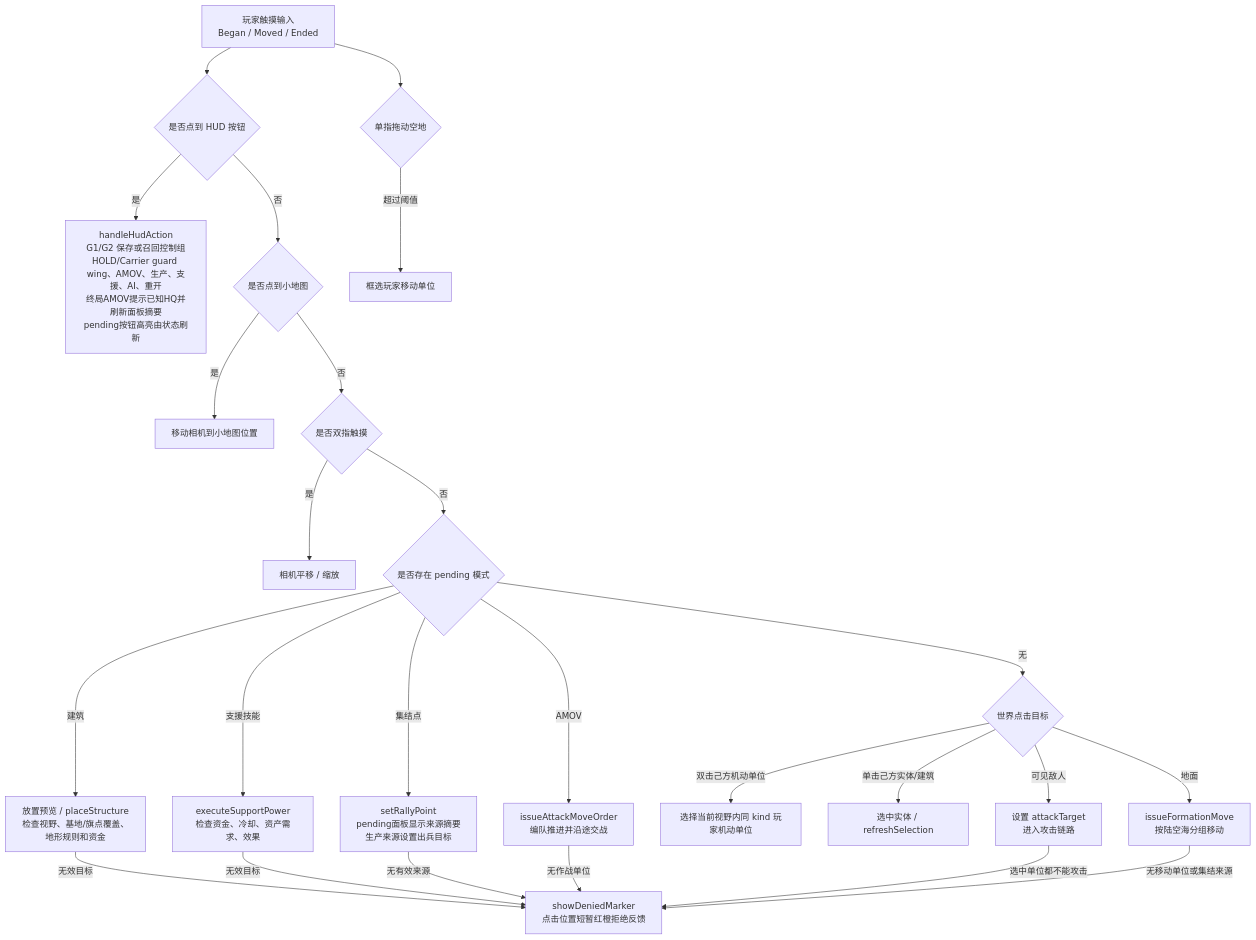
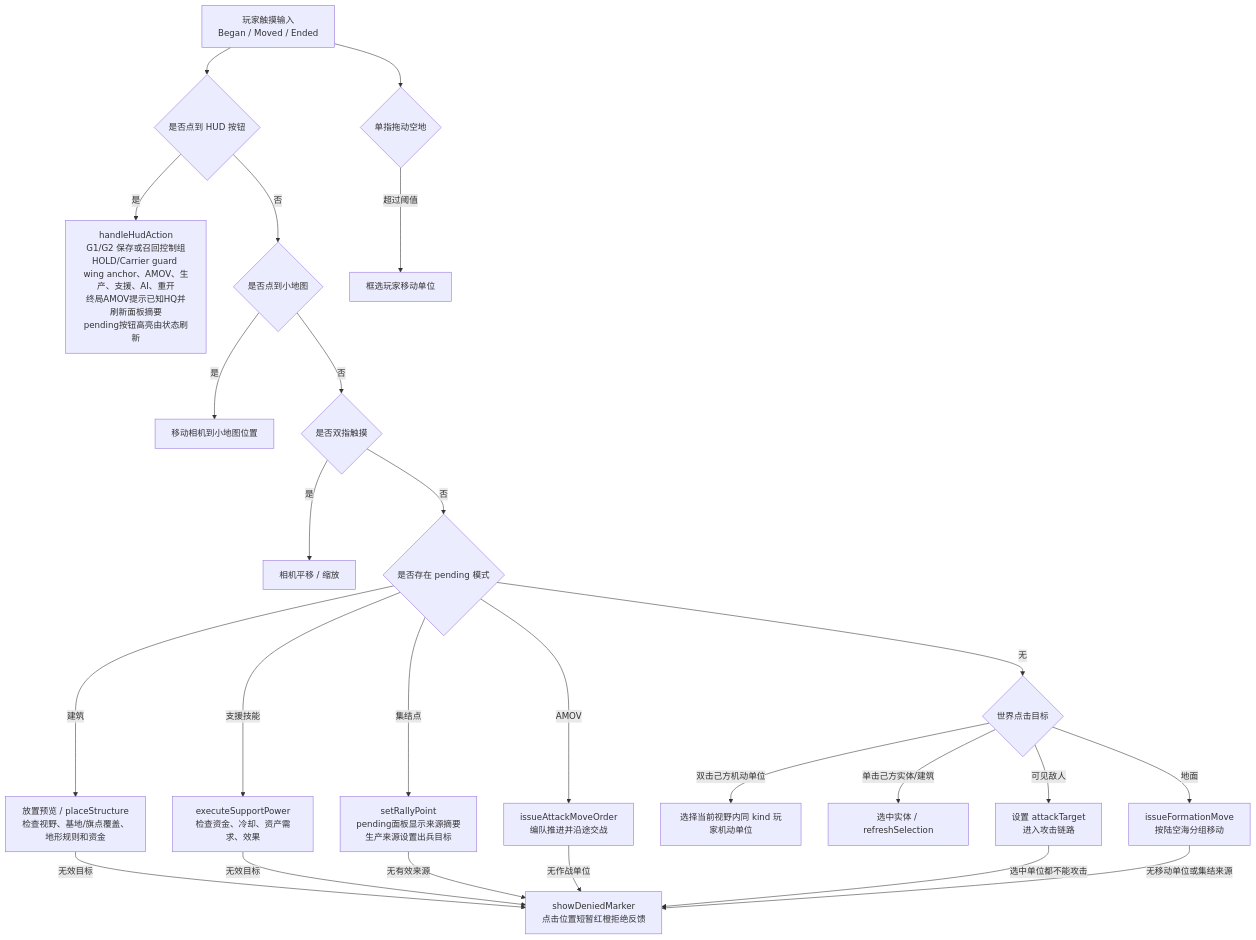
One commit to Altman-sam114/1145 changed the second of 3 diagrams in md/flow/flowchart.md. Above: the diagram before and after it, drawn with Mermaid. The commit also changed other lines of this file and 4 other files, not shown here.

````diff
--- a/md/flow/flowchart.md
+++ b/md/flow/flowchart.md
@@ -37,27 +37,27 @@
 ```mermaid
 flowchart TD
   Touch["玩家触摸输入\nBegan / Moved / Ended"] --> HUDCheck{"是否点到 HUD 按钮"}
-  HUDCheck -- "是" --> HudAction["handleHudAction\nG1/G2 保存或召回控制组\nHOLD/Carrier guard wing、AMOV、生产、支援、AI、重开\n终局AMOV提示已知HQ并刷新面板摘要\npending按钮高亮由状态刷新"]
+  HUDCheck -- "是" --> HudAction["handleHudAction\nG1/G2 保存或召回控制组\nHOLD/Carrier guard wing anchor、AMOV、生产、支援、AI、重开\n终局AMOV提示已知HQ并刷新面板摘要\npending按钮高亮由状态刷新"]
   HUDCheck -- "否" --> MiniMap{"是否点到小地图"}
   MiniMap -- "是" --> Camera["移动相机到小地图位置"]
   MiniMap -- "否" --> MultiTouch{"是否双指触摸"}
   MultiTouch -- "是" --> PanZoom["相机平移 / 缩放"]
   MultiTouch -- "否" --> Pending{"是否存在 pending 模式"}
   Pending -- "建筑" --> Place["放置预览 / placeStructure\n检查视野、基地/旗点覆盖、地形规则和资金"]
   Pending -- "支援技能" --> Support["executeSupportPower\n检查资金、冷却、资产需求、效果"]
   Pending -- "集结点" --> Rally["setRallyPoint\npending面板显示来源摘要\n生产来源设置出兵目标"]
   Pending -- "AMOV" --> AttackMove["issueAttackMoveOrder\n编队推进并沿途交战"]
   Place -- "无效目标" --> Denied["showDeniedMarker\n点击位置短暂红橙拒绝反馈"]
   Support -- "无效目标" --> Denied
   Rally -- "无有效来源" --> Denied
   AttackMove -- "无作战单位" --> Denied
   Pending -- "无" --> WorldTap{"世界点击目标"}
   WorldTap -- "双击己方机动单位" --> TypeSelect["选择当前视野内同 kind 玩家机动单位"]
   WorldTap -- "单击己方实体/建筑" --> Select["选中实体 / refreshSelection"]
   WorldTap -- "可见敌人" --> Attack["设置 attackTarget\n进入攻击链路"]
   WorldTap -- "地面" --> Move["issueFormationMove\n按陆空海分组移动"]
   Attack -- "选中单位都不能攻击" --> Denied
   Move -- "无移动单位或集结来源" --> Denied
   Touch --> Drag{"单指拖动空地"}
   Drag -- "超过阈值" --> Box["框选玩家移动单位"]
 ```
````
